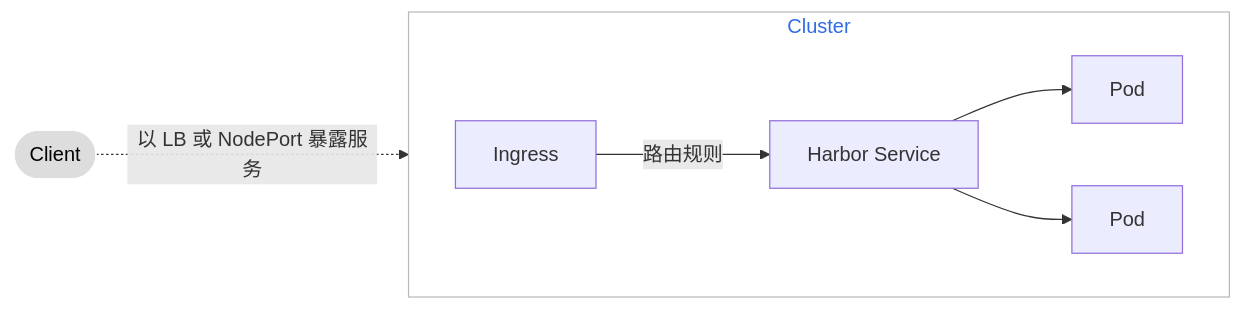
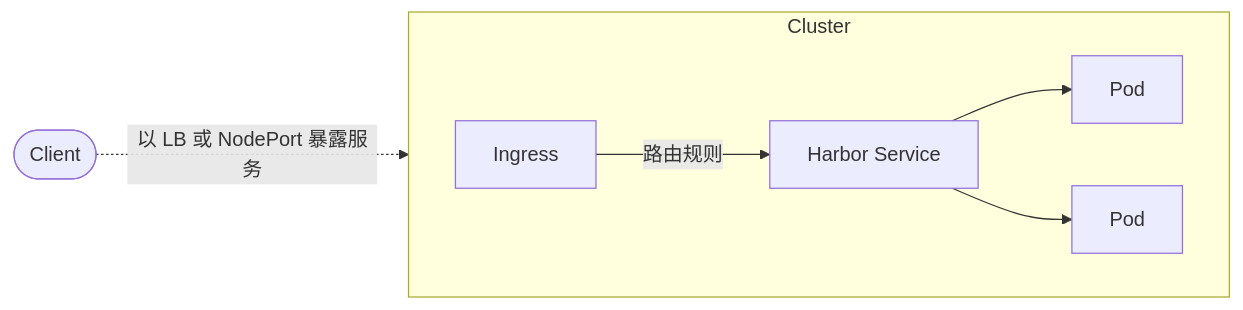
The first of 2 diagrams in docs/zh/docs/kangaroo/best-practice/managed-harbor-select-access-type.md (DaoCloud/DaoCloud-docs), drawn with Mermaid before and after one commit. The commit also changed other lines of this file and 40 other files, not shown here.

Commit message:
remove classdef and class from mermaid blocks globally (#7555)

````diff
--- a/docs/zh/docs/kangaroo/best-practice/managed-harbor-select-access-type.md
+++ b/docs/zh/docs/kangaroo/best-practice/managed-harbor-select-access-type.md
@@ -67,18 +67,12 @@
 ```mermaid
 flowchart LR
 
 subgraph cluster[Cluster]
     direction LR
     ingress[Ingress] -->|路由规则| harbor[Harbor Service]
     harbor --> pod1[Pod]
     harbor --> pod2[Pod]
 end
 
 client([Client]) -.->|以 LB 或 NodePort 暴露服务| ingress
-
-classDef plain fill:#ddd,stroke:#fff,stroke-width:1px,color:#000;
-classDef k8s fill:#326ce5,stroke:#fff,stroke-width:1px,color:#fff;
-classDef cluster fill:#fff,stroke:#bbb,stroke-width:1px,color:#326ce5;
-
-class client plain;
 ```
````
